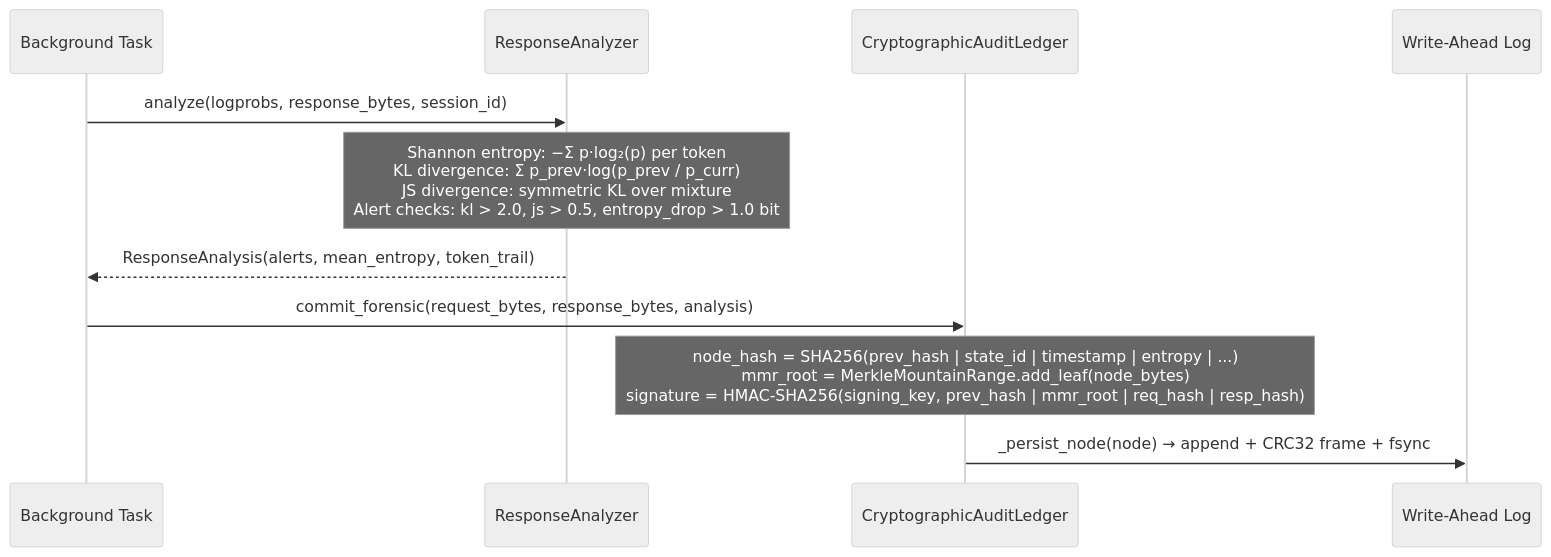
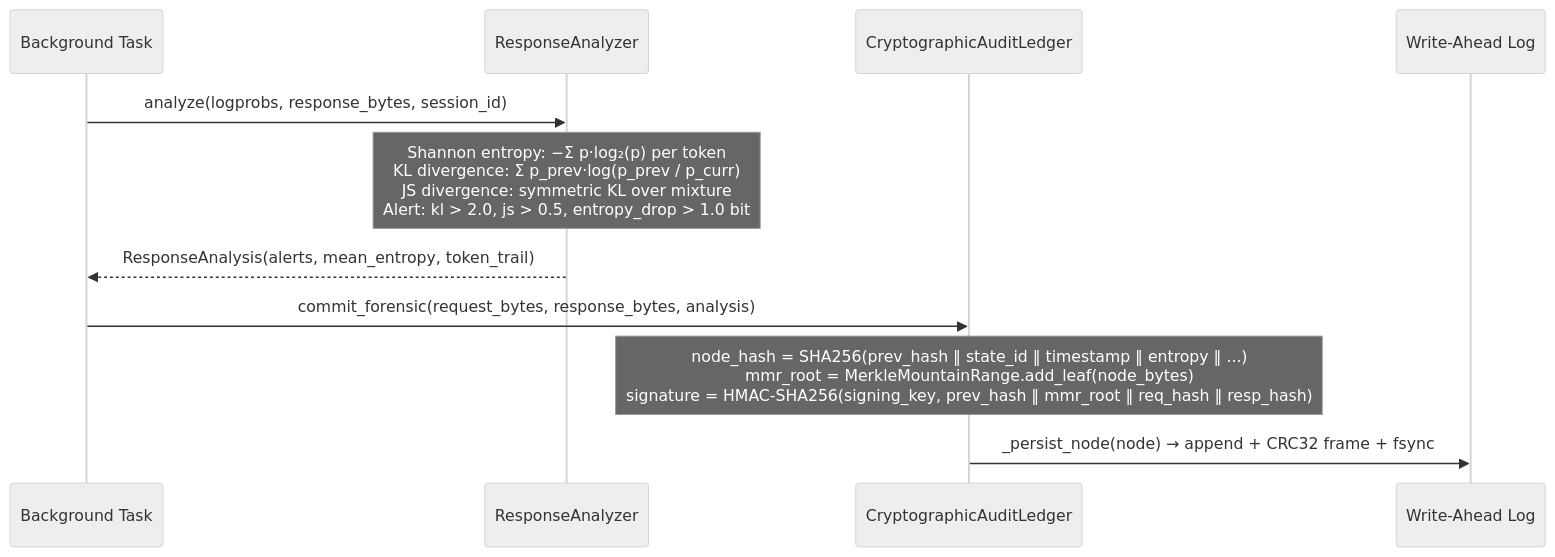
The third of 3 diagrams in README.md (block-stacker/aegis-latent-core), drawn with Mermaid (neutral theme) before and after one commit. The commit also changed other lines of this file, not shown here.

````diff
--- a/README.md
+++ b/README.md
@@ -185,17 +237,17 @@
 ```mermaid
 sequenceDiagram
     participant BG as Background Task
     participant ANA as ResponseAnalyzer
     participant CAL as CryptographicAuditLedger
     participant WAL as Write-Ahead Log
 
     BG->>ANA: analyze(logprobs, response_bytes, session_id)
-    Note over ANA: Shannon entropy: −Σ p·log₂(p) per token<br/>KL divergence: Σ p_prev·log(p_prev / p_curr)<br/>JS divergence: symmetric KL over mixture<br/>Alert checks: kl > 2.0, js > 0.5, entropy_drop > 1.0 bit
+    Note over ANA: Shannon entropy: −Σ p·log₂(p) per token<br/>KL divergence: Σ p_prev·log(p_prev / p_curr)<br/>JS divergence: symmetric KL over mixture<br/>Alert: kl > 2.0, js > 0.5, entropy_drop > 1.0 bit
 
     ANA-->>BG: ResponseAnalysis(alerts, mean_entropy, token_trail)
 
     BG->>CAL: commit_forensic(request_bytes, response_bytes, analysis)
-    Note over CAL: node_hash = SHA256(prev_hash | state_id | timestamp | entropy | ...)<br/>mmr_root = MerkleMountainRange.add_leaf(node_bytes)<br/>signature = HMAC-SHA256(signing_key, prev_hash | mmr_root | req_hash | resp_hash)
+    Note over CAL: node_hash = SHA256(prev_hash ‖ state_id ‖ timestamp ‖ entropy ‖ ...)<br/>mmr_root = MerkleMountainRange.add_leaf(node_bytes)<br/>signature = HMAC-SHA256(signing_key, prev_hash ‖ mmr_root ‖ req_hash ‖ resp_hash)
 
-    CAL->>WAL: _persist_node(node)  → append + CRC32 frame + fsync
+    CAL->>WAL: _persist_node(node) → append + CRC32 frame + fsync
 ```
````
